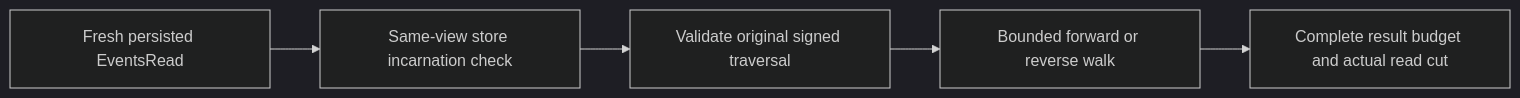
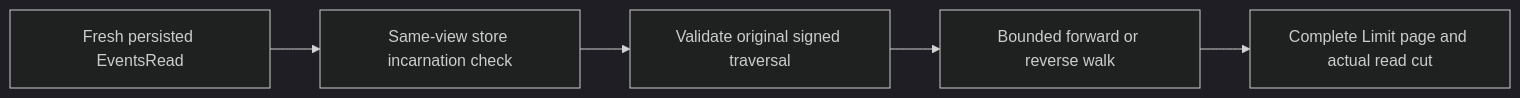
Before and after one commit to managedcode/KeyLoad: the second of 2 diagrams in docs/ADR/ADR-025-event-revision-feed-positions.md, drawn with Mermaid (dark theme). The commit also changed other lines of this file and 673 other files, not shown here.

````diff
--- a/docs/ADR/ADR-025-event-revision-feed-positions.md
+++ b/docs/ADR/ADR-025-event-revision-feed-positions.md
@@ -59,7 +59,7 @@
 ```mermaid
 flowchart LR
     Auth[Fresh persisted EventsRead] --> Owner[Same-view store incarnation check]
     Owner --> Token[Validate original signed traversal]
     Token --> Execution[Bounded forward or reverse walk]
-    Execution --> Result[Complete result budget and actual read cut]
+    Execution --> Result[Complete Limit page and actual read cut]
 ```
````
